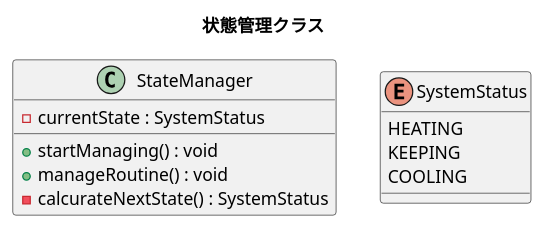
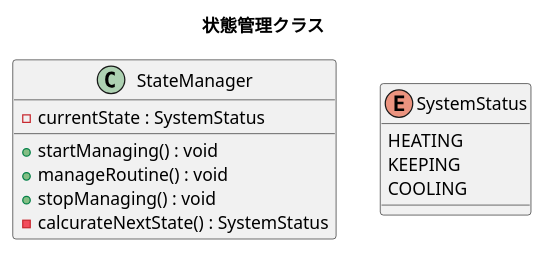
The diagram in UML/class/statemanager.plantuml (goheisystem/softwareDocuments), drawn with PlantUML before and after one commit. The commit also changed 2 other files, not shown here.

```diff
--- a/UML/class/statemanager.plantuml
+++ b/UML/class/statemanager.plantuml
@@ -1,15 +1,16 @@
 @startuml
 title 状態管理クラス
 
 class "StateManager" as ClassStateManager{
   -currentState : SystemStatus
   +startManaging() : void
   +manageRoutine() : void
+  +stopManaging() : void
   -calcurateNextState() : SystemStatus
 }
 enum "SystemStatus" as EnumSystemStatus{
   HEATING
   KEEPING
   COOLING
 }
 @enduml
```
